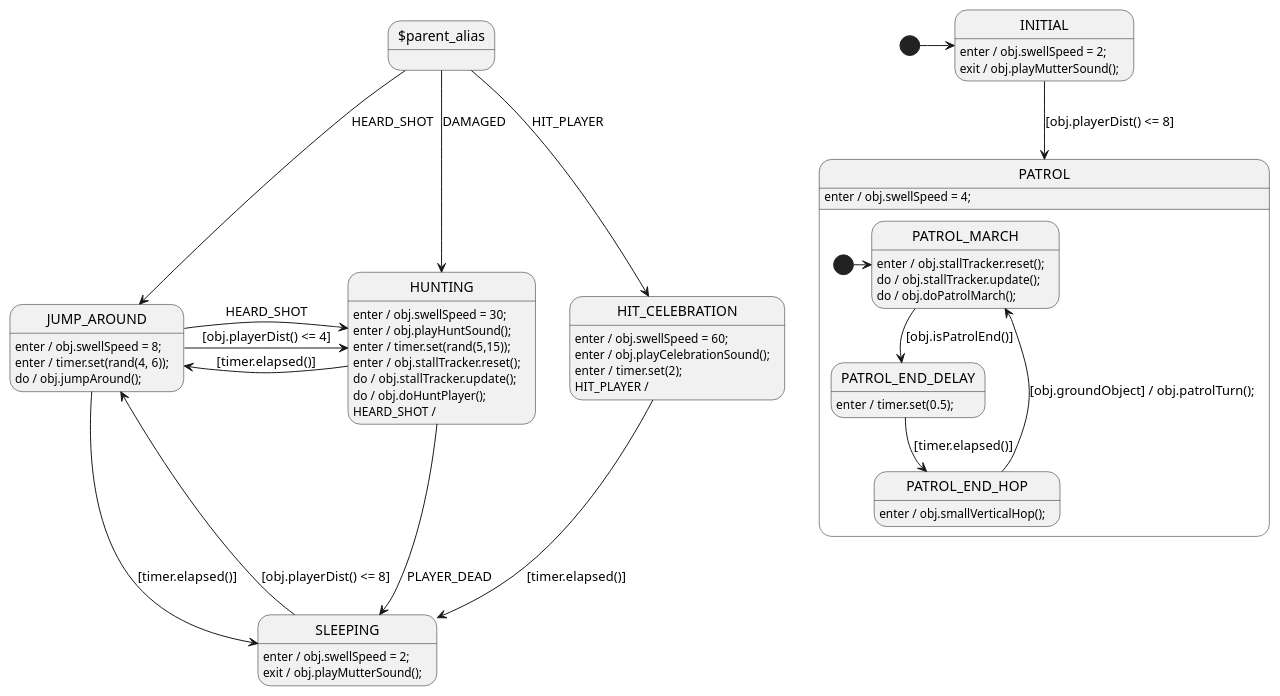
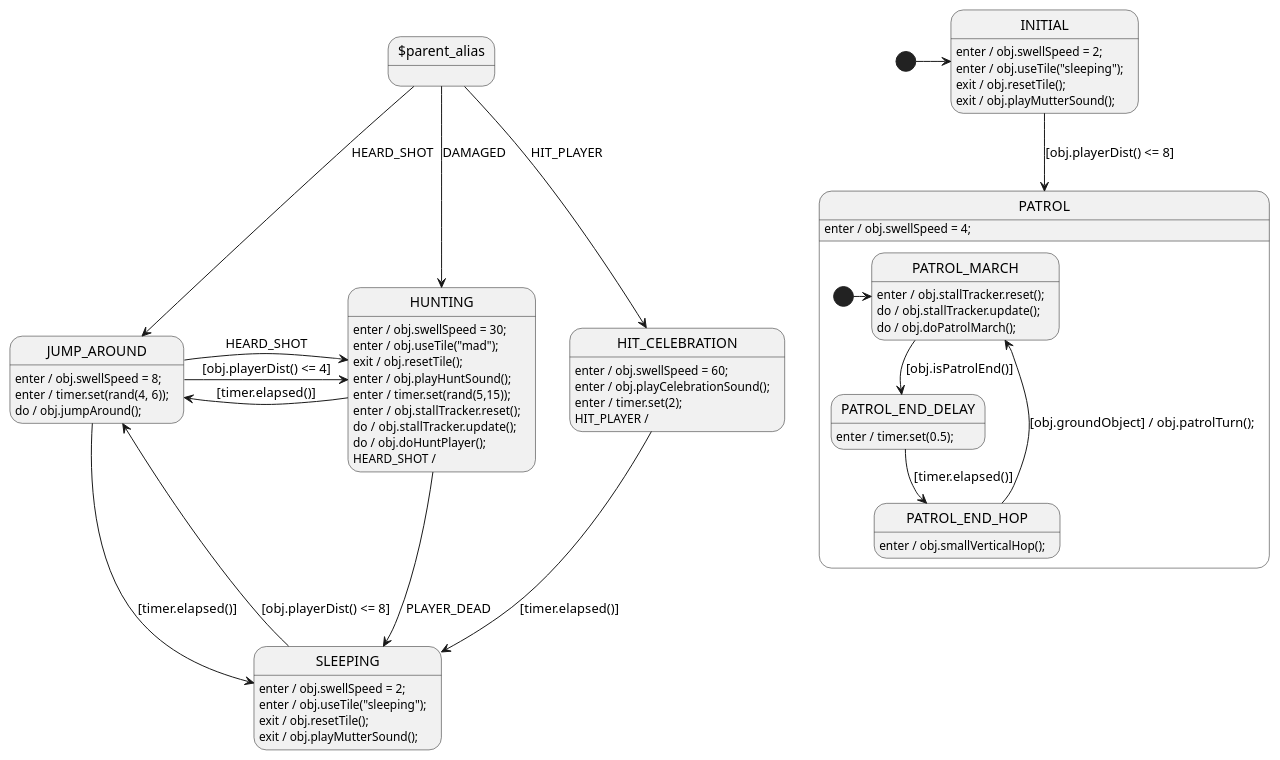
One commit to adamfk/LittleJS changed the diagram in examples/platformer/enemy1/Enemy1Sm.plantuml. Above: the diagram before and after it, drawn with PlantUML. The commit also changed 7 other files, not shown here.

```diff
--- a/examples/platformer/enemy1/Enemy1Sm.plantuml
+++ b/examples/platformer/enemy1/Enemy1Sm.plantuml
@@ -1,96 +1,102 @@
 @startuml Enemy1Sm
 
 ' //////////////////////// STATE ORGANIZATION ///////////////////////
 ' Note: StateSmith treats state names and events as case insensitive.
 ' More info: https://github.com/StateSmith/StateSmith/wiki/PlantUML
 
 state "$parent_alias" as PA
 
 state INITIAL
 state SLEEPING
 
 state PATROL {
     state PATROL_MARCH
     state PATROL_END_DELAY
     state PATROL_END_HOP
     ' state PATROL_END_TURN
     [*] -> PATROL_MARCH
 }
 
 state JUMP_AROUND
 
 state HUNTING
 
 state HIT_CELEBRATION
 
 [*] -> INITIAL
 
 
 ' ///////////////////////// STATE HANDLERS /////////////////////////
 ' Syntax: https://github.com/StateSmith/StateSmith/wiki/Behaviors
 
 PA --> HUNTING: DAMAGED
 PA --> JUMP_AROUND: HEARD_SHOT
 PA --> HIT_CELEBRATION: HIT_PLAYER
 
 INITIAL --> PATROL: [obj.playerDist() <= 8]
 INITIAL: enter / obj.swellSpeed = 2;
+INITIAL: enter / obj.useTile("sleeping");
+INITIAL: exit / obj.resetTile();
 INITIAL: exit / obj.playMutterSound();
 
 SLEEPING: enter / obj.swellSpeed = 2;
+SLEEPING: enter / obj.useTile("sleeping");
+SLEEPING: exit / obj.resetTile();
 ' SLEEPING: enter / timer.set(rand(5, 10));
 SLEEPING --> JUMP_AROUND: [obj.playerDist() <= 8]
 SLEEPING: exit / obj.playMutterSound();
 
 PATROL: enter / obj.swellSpeed = 4;
 PATROL_MARCH: enter / obj.stallTracker.reset();
 PATROL_MARCH: do / obj.stallTracker.update();
 PATROL_MARCH: do / obj.doPatrolMarch();
 PATROL_MARCH --> PATROL_END_DELAY: [obj.isPatrolEnd()]
 
 PATROL_END_DELAY: enter / timer.set(0.5);
 PATROL_END_DELAY --> PATROL_END_HOP: [timer.elapsed()]
 
 PATROL_END_HOP: enter / obj.smallVerticalHop();
 PATROL_END_HOP --> PATROL_MARCH: [obj.groundObject] / obj.patrolTurn();
 
 HUNTING --> SLEEPING: PLAYER_DEAD
 
 JUMP_AROUND: enter / obj.swellSpeed = 8;
 JUMP_AROUND: enter / timer.set(rand(4, 6));
 JUMP_AROUND: do / obj.jumpAround();
 ' JUMP_AROUND --> SLEEPING: [obj.playerDist() >= 10]
 JUMP_AROUND --> SLEEPING: [timer.elapsed()]
 JUMP_AROUND -r-> HUNTING: [obj.playerDist() <= 4]
 JUMP_AROUND -r-> HUNTING: HEARD_SHOT
 
 HUNTING: enter / obj.swellSpeed = 30;
+HUNTING: enter / obj.useTile("mad");
+HUNTING: exit / obj.resetTile();
 HUNTING: enter / obj.playHuntSound();
 HUNTING: enter / timer.set(rand(5,15));
 HUNTING: enter / obj.stallTracker.reset();
 HUNTING: do / obj.stallTracker.update();
 HUNTING: do / obj.doHuntPlayer();
 HUNTING: HEARD_SHOT / 
 HUNTING -l-> JUMP_AROUND: [timer.elapsed()]
 
 HIT_CELEBRATION: enter / obj.swellSpeed = 60;
 HIT_CELEBRATION: enter / obj.playCelebrationSound();
 HIT_CELEBRATION: enter / timer.set(2);
 HIT_CELEBRATION: HIT_PLAYER / 
 HIT_CELEBRATION --> SLEEPING: [timer.elapsed()]
 
 ' //////////////////////// StateSmith config ////////////////////////
 ' The below special comment block sets the StateSmith configuration.
 ' More info: https://github.com/StateSmith/StateSmith/issues/335
 
 /'! $CONFIG : toml
 [SmRunnerSettings]
 transpilerId = "JavaScript"
 
 [RenderConfig]
 AutoExpandedVars = """
     timer: new Timer(0),
     obj: null, // need to set this to instance of Enemy1 before calling start()
     """
 '/
 @enduml
```
